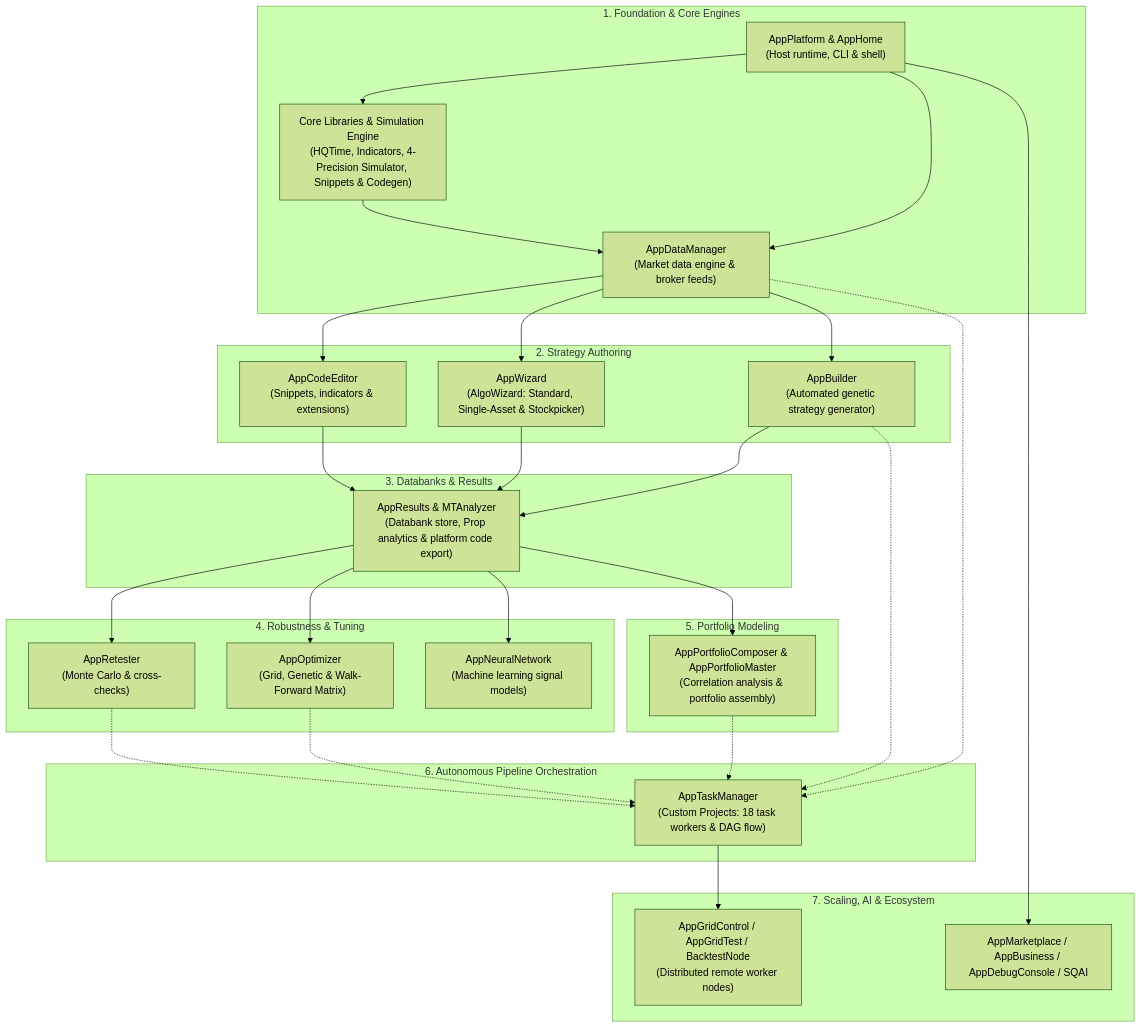
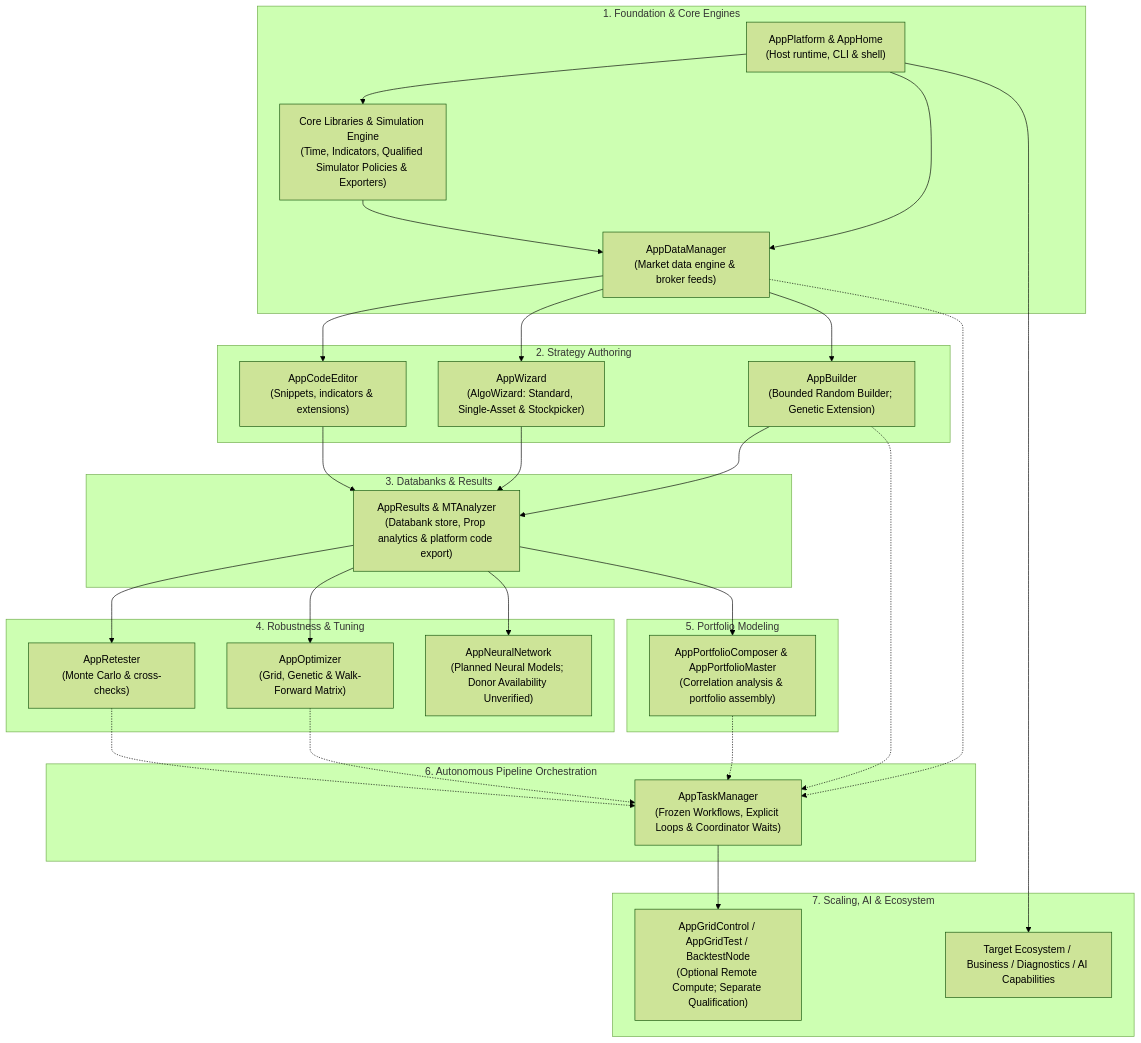
The diagram in docs/SQX/sqx-clean-room-reimplementation.md (haruperi/HaruQuantAI), drawn with Mermaid (forest theme) before and after one commit. The commit also changed other lines of this file and 1 other file, not shown here.

````diff
--- a/docs/SQX/sqx-clean-room-reimplementation.md
+++ b/docs/SQX/sqx-clean-room-reimplementation.md
@@ -88,37 +387,37 @@
 ```mermaid
 flowchart TD
     subgraph S1["1. Foundation & Core Engines"]
-        Host["AppPlatform & AppHome<br/>(Host runtime, CLI & shell)"] --> Core["Core Libraries & Simulation Engine<br/>(HQTime, Indicators, 4-Precision Simulator, Snippets & Codegen)"]
+        Host["AppPlatform & AppHome<br/>(Host runtime, CLI & shell)"] --> Core["Core Libraries & Simulation Engine<br/>(Time, Indicators, Qualified Simulator Policies & Exporters)"]
         Host --> DataMgr["AppDataManager<br/>(Market data engine & broker feeds)"]
         Core --> DataMgr
     end
     subgraph S2["2. Strategy Authoring"]
         DataMgr --> CodeEd["AppCodeEditor<br/>(Snippets, indicators & extensions)"]
         DataMgr --> Wiz["AppWizard<br/>(AlgoWizard: Standard, Single-Asset & Stockpicker)"]
-        DataMgr --> Bld["AppBuilder<br/>(Automated genetic strategy generator)"]
+        DataMgr --> Bld["AppBuilder<br/>(Bounded Random Builder; Genetic Extension)"]
     end
     subgraph S3["3. Databanks & Results"]
         CodeEd --> Res["AppResults & MTAnalyzer<br/>(Databank store, Prop analytics & platform code export)"]
         Wiz --> Res
         Bld --> Res
     end
     subgraph S4["4. Robustness & Tuning"]
         Res --> Retest["AppRetester<br/>(Monte Carlo & cross-checks)"]
         Res --> Opt["AppOptimizer<br/>(Grid, Genetic & Walk-Forward Matrix)"]
-        Res --> NN["AppNeuralNetwork<br/>(Machine learning signal models)"]
+        Res --> NN["AppNeuralNetwork<br/>(Planned Neural Models; Donor Availability Unverified)"]
     end
     subgraph S5["5. Portfolio Modeling"]
         Res --> Port["AppPortfolioComposer & AppPortfolioMaster<br/>(Correlation analysis & portfolio assembly)"]
     end
     subgraph S6["6. Autonomous Pipeline Orchestration"]
-        DataMgr -.-> TM["AppTaskManager<br/>(Custom Projects: 18 task workers & DAG flow)"]
+        DataMgr -.-> TM["AppTaskManager<br/>(Frozen Workflows, Explicit Loops & Coordinator Waits)"]
         Bld -.-> TM
         Retest -.-> TM
         Opt -.-> TM
         Port -.-> TM
     end
     subgraph S7["7. Scaling, AI & Ecosystem"]
-        TM --> Grid["AppGridControl / AppGridTest / BacktestNode<br/>(Distributed remote worker nodes)"]
-        Host --> Tools["AppMarketplace / AppBusiness / AppDebugConsole / SQAI"]
+        TM --> Grid["AppGridControl / AppGridTest / BacktestNode<br/>(Optional Remote Compute; Separate Qualification)"]
+        Host --> Tools["Target Ecosystem / Business / Diagnostics / AI Capabilities"]
     end
 ```
````
